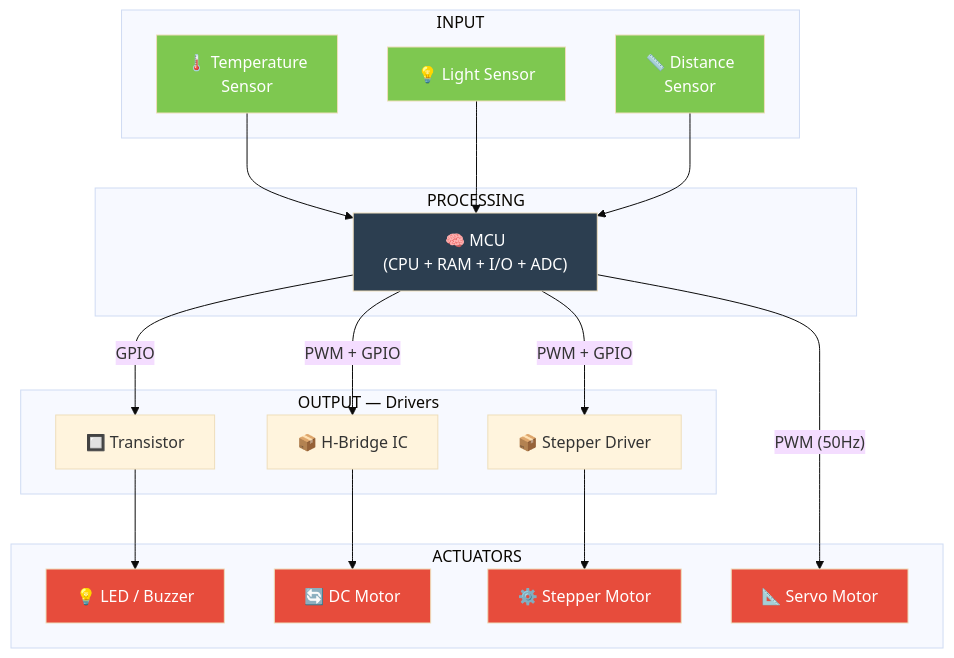
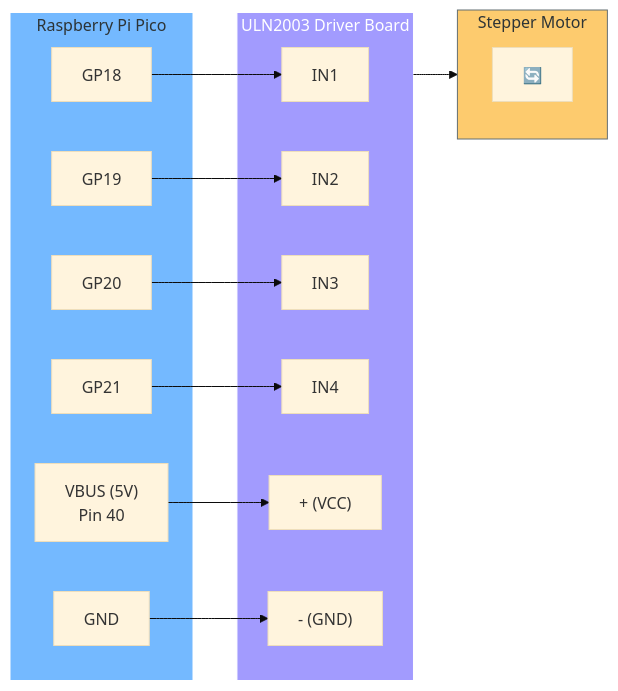
One commit to affaanq/University-Year1-Notes changed diagram 12 of 13 in 00_Inbox/01_University/Practical_Computing/Labs/04_Labs.md. Above: the diagram before and after it, drawn with Mermaid (base theme). The commit also changed other lines of this file and 2 other files, not shown here.

````diff
--- a/00_Inbox/01_University/Practical_Computing/Labs/04_Labs.md
+++ b/00_Inbox/01_University/Practical_Computing/Labs/04_Labs.md
@@ -713,43 +626,36 @@
 ```mermaid
-graph TB
-    subgraph "INPUT"
-        S1["🌡️ Temperature<br/>Sensor"]
-        S2["💡 Light Sensor"]
-        S3["📏 Distance<br/>Sensor"]
+flowchart LR
+    subgraph PICO["Raspberry Pi Pico"]
+        GP18["GP18"]
+        GP19["GP19"]
+        GP20["GP20"]
+        GP21["GP21"]
+        VBUS["VBUS (5V)\nPin 40"]
+        GND_P["GND"]
     end
-    
-    subgraph "PROCESSING"
-        MCU["🧠 MCU<br/>(CPU + RAM + I/O + ADC)"]
+
+    subgraph DRIVER["ULN2003 Driver Board"]
+        IN1["IN1"]
+        IN2["IN2"]
+        IN3["IN3"]
+        IN4["IN4"]
+        VCC_D["+ (VCC)"]
+        GND_D["- (GND)"]
     end
-    
-    subgraph "OUTPUT — Drivers"
-        D1["🔲 Transistor"]
-        D2["📦 H-Bridge IC"]
-        D3["📦 Stepper Driver"]
+
+    subgraph MOTOR["Stepper Motor"]
+        M["🔄"]
     end
-    
-    subgraph "ACTUATORS"
-        A1["💡 LED / Buzzer"]
-        A2["🔄 DC Motor"]
-        A3["⚙️ Stepper Motor"]
-        A4["📐 Servo Motor"]
-    end
-    
-    S1 --> MCU
-    S2 --> MCU
-    S3 --> MCU
-    
-    MCU -->|"GPIO"| D1 --> A1
-    MCU -->|"PWM + GPIO"| D2 --> A2
-    MCU -->|"PWM + GPIO"| D3 --> A3
-    MCU -->|"PWM (50Hz)"| A4
-    
-    style MCU fill:#2c3e50,color:#fff
-    style S1 fill:#7ec850,color:#fff
-    style S2 fill:#7ec850,color:#fff
-    style S3 fill:#7ec850,color:#fff
-    style A1 fill:#e74c3c,color:#fff
-    style A2 fill:#e74c3c,color:#fff
-    style A3 fill:#e74c3c,color:#fff
-    style A4 fill:#e74c3c,color:#fff
+
+    GP18 --> IN1
+    GP19 --> IN2
+    GP20 --> IN3
+    GP21 --> IN4
+    VBUS --> VCC_D
+    GND_P --> GND_D
+    DRIVER --> MOTOR
+
+    style PICO fill:#74b9ff,stroke:#fff,color:#2d3436
+    style DRIVER fill:#a29bfe,stroke:#fff,color:#fff
+    style MOTOR fill:#fdcb6e,stroke:#636e72,color:#2d3436
 ```
````
